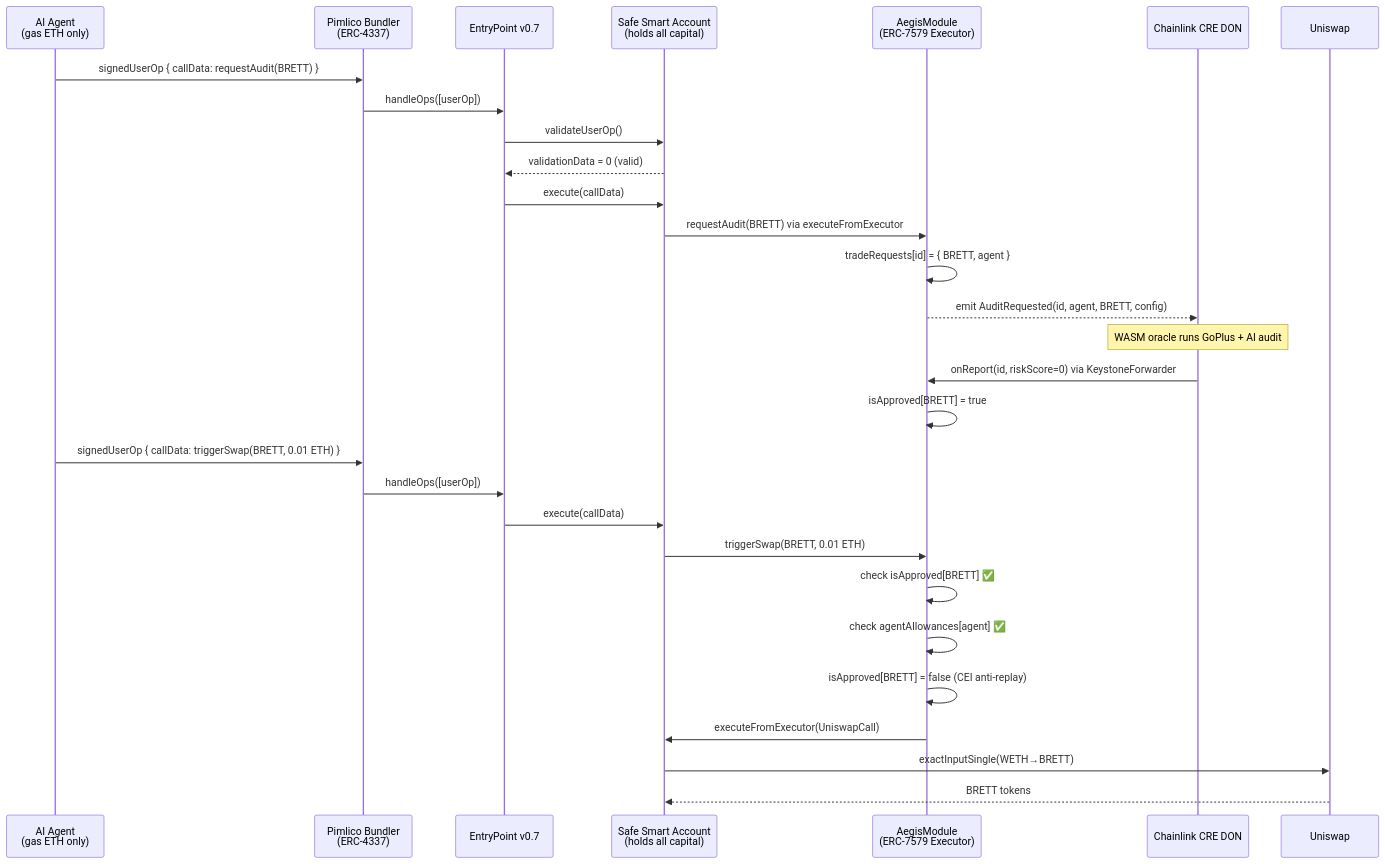
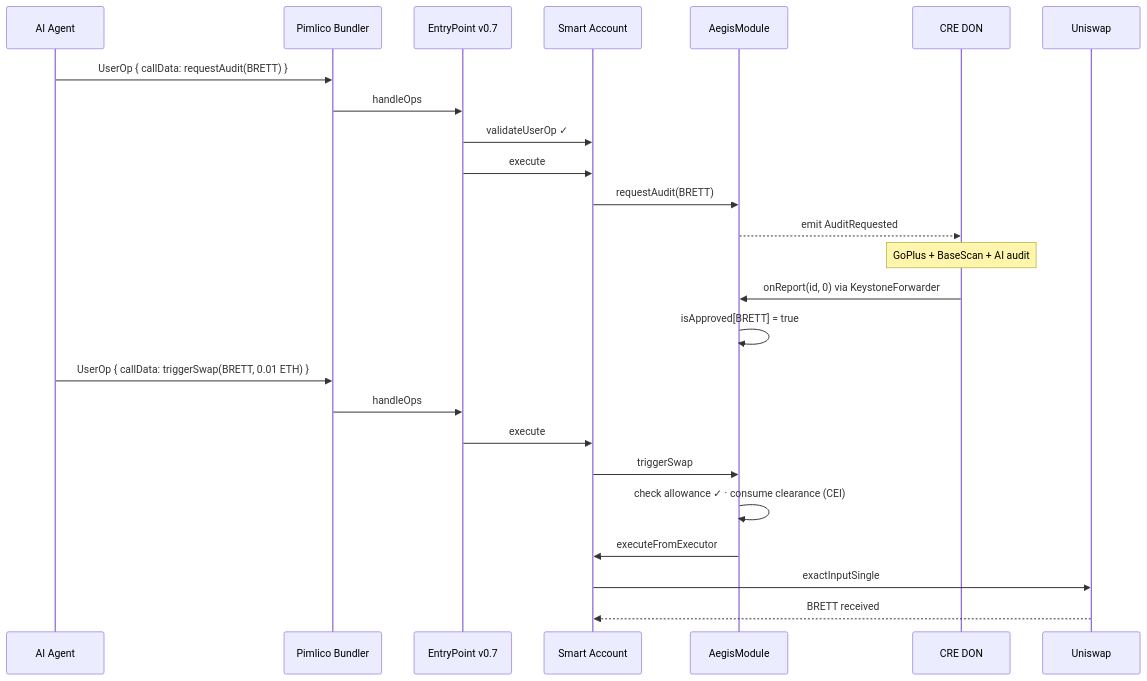
Before and after one commit to vjb/aegis-v5: the fifth of 12 diagrams in docs/ARCHITECTURE.md, drawn with Mermaid. The commit also changed other lines of this file, not shown here.

Commit message:
docs: clean up all architecture diagrams, remove bad colors

````diff
--- a/docs/ARCHITECTURE.md
+++ b/docs/ARCHITECTURE.md
@@ -173,34 +115,30 @@
 ```mermaid
 sequenceDiagram
-    participant Agent as AI Agent<br/>(gas ETH only)
-    participant Bundler as Pimlico Bundler<br/>(ERC-4337)
+    participant Bot as AI Agent
+    participant Bundler as Pimlico Bundler
     participant EP as EntryPoint v0.7
-    participant SA as Safe Smart Account<br/>(holds all capital)
-    participant AM as AegisModule<br/>(ERC-7579 Executor)
-    participant CRE as Chainlink CRE DON
+    participant Safe as Smart Account
+    participant AM as AegisModule
+    participant CRE as CRE DON
 
-    Agent->>Bundler: signedUserOp { callData: requestAudit(BRETT) }
-    Bundler->>EP: handleOps([userOp])
-    EP->>SA: validateUserOp()
-    SA-->>EP: validationData = 0 (valid)
-    EP->>SA: execute(callData)
-    SA->>AM: requestAudit(BRETT) via executeFromExecutor
-    AM->>AM: tradeRequests[id] = { BRETT, agent }
-    AM-->>CRE: emit AuditRequested(id, agent, BRETT, config)
+    Bot->>Bundler: UserOp { callData: requestAudit(BRETT) }
+    Bundler->>EP: handleOps
+    EP->>Safe: validateUserOp ✓
+    EP->>Safe: execute
+    Safe->>AM: requestAudit(BRETT)
+    AM-->>CRE: emit AuditRequested
 
-    Note over CRE: WASM oracle runs GoPlus + AI audit
+    Note over CRE: GoPlus + BaseScan + AI audit
 
-    CRE->>AM: onReport(id, riskScore=0) via KeystoneForwarder
+    CRE->>AM: onReport(id, 0) via KeystoneForwarder
     AM->>AM: isApproved[BRETT] = true
 
-    Agent->>Bundler: signedUserOp { callData: triggerSwap(BRETT, 0.01 ETH) }
-    Bundler->>EP: handleOps([userOp])
-    EP->>SA: execute(callData)
-    SA->>AM: triggerSwap(BRETT, 0.01 ETH)
-    AM->>AM: check isApproved[BRETT] ✅
-    AM->>AM: check agentAllowances[agent] ✅
-    AM->>AM: isApproved[BRETT] = false (CEI anti-replay)
-    AM->>SA: executeFromExecutor(UniswapCall)
-    SA->>Uniswap: exactInputSingle(WETH→BRETT)
-    Uniswap-->>SA: BRETT tokens
+    Bot->>Bundler: UserOp { callData: triggerSwap(BRETT, 0.01 ETH) }
+    Bundler->>EP: handleOps
+    EP->>Safe: execute
+    Safe->>AM: triggerSwap
+    AM->>AM: check allowance ✓ · consume clearance (CEI)
+    AM->>Safe: executeFromExecutor
+    Safe->>Uniswap: exactInputSingle
+    Uniswap-->>Safe: BRETT received
 ```
````
